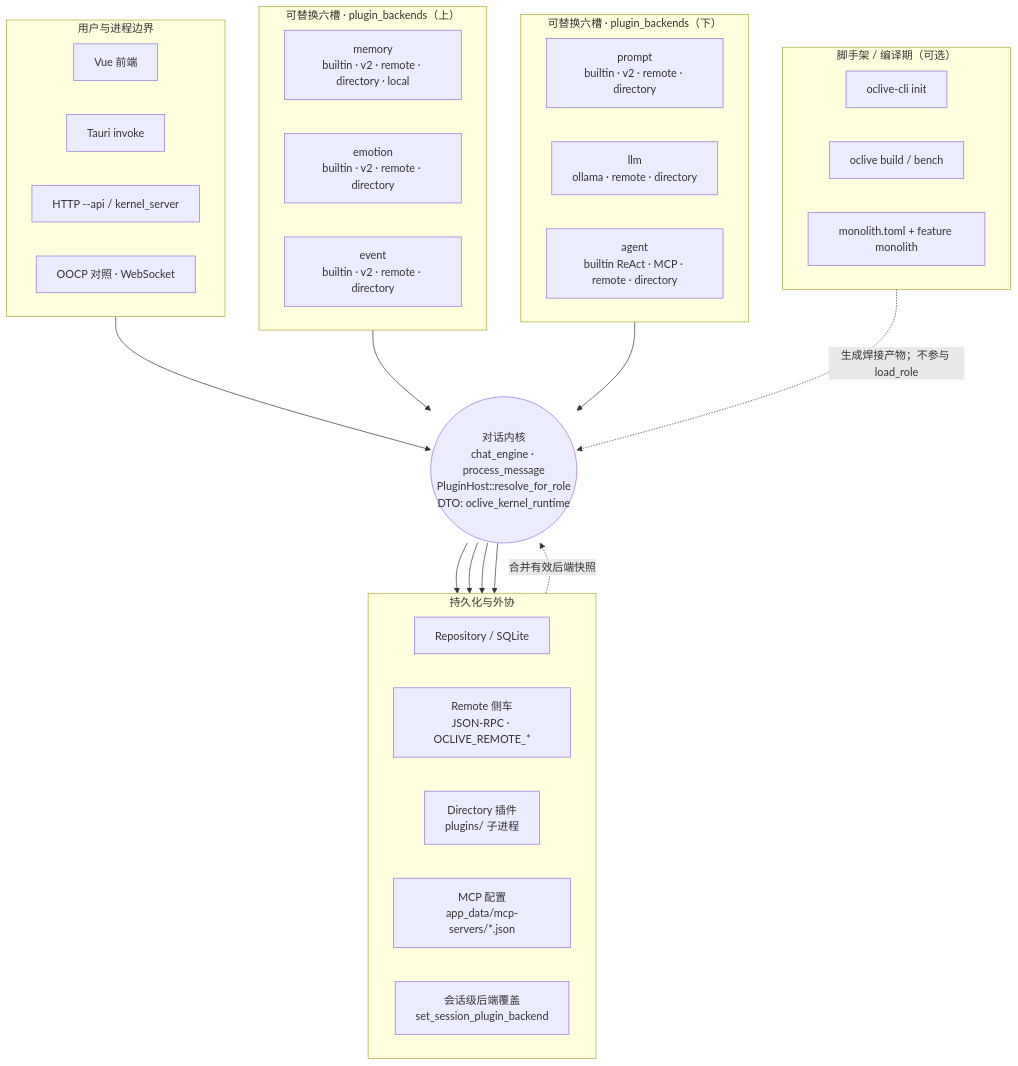
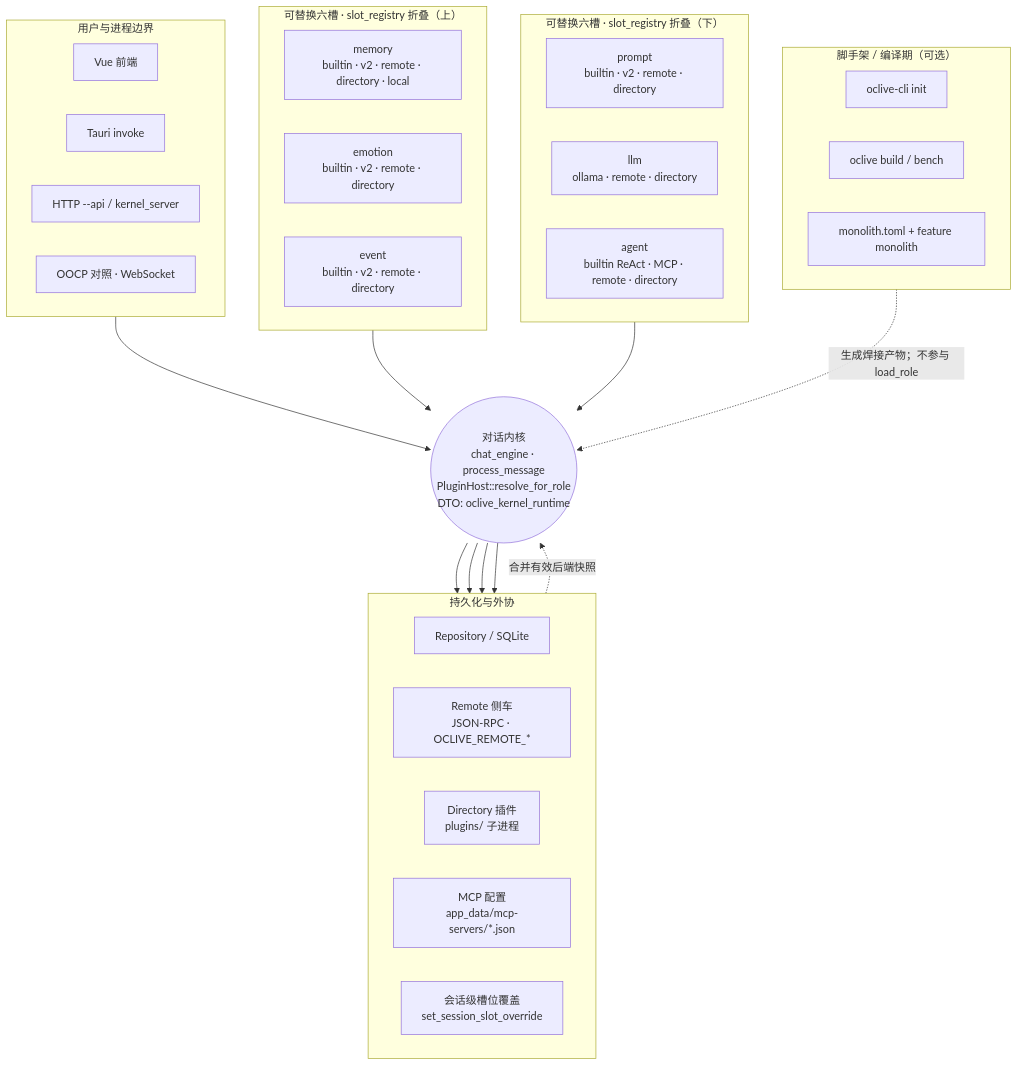
One commit to linkaiheng2233-cyber/oclivenewnew changed the first of 2 diagrams in creator-docs/getting-started/KERNEL_AND_MODULES_ARCHITECTURE.md. Above: the diagram before and after it, drawn with Mermaid. The commit also changed other lines of this file and 13 other files, not shown here.

````diff
--- a/creator-docs/getting-started/KERNEL_AND_MODULES_ARCHITECTURE.md
+++ b/creator-docs/getting-started/KERNEL_AND_MODULES_ARCHITECTURE.md
@@ -19,52 +19,52 @@
 ```mermaid
 flowchart TB
   subgraph boundary["用户与进程边界"]
     direction LR
     UI["Vue 前端"]
     TAURI["Tauri invoke"]
     API["HTTP --api / kernel_server"]
     OOCP["OOCP 对照 · WebSocket"]
   end
 
-  subgraph six_top["可替换六槽 · plugin_backends（上）"]
+  subgraph six_top["可替换六槽 · slot_registry 折叠（上）"]
     direction LR
     M["memory<br/>builtin · v2 · remote · directory · local"]
     EM["emotion<br/>builtin · v2 · remote · directory"]
     EV["event<br/>builtin · v2 · remote · directory"]
   end
 
   K(("对话内核<br/>chat_engine · process_message<br/>PluginHost::resolve_for_role<br/>DTO: oclive_kernel_runtime"))
 
-  subgraph six_bot["可替换六槽 · plugin_backends（下）"]
+  subgraph six_bot["可替换六槽 · slot_registry 折叠（下）"]
     direction LR
     PR["prompt<br/>builtin · v2 · remote · directory"]
     LL["llm<br/>ollama · remote · directory"]
     AG["agent<br/>builtin ReAct · MCP · remote · directory"]
   end
 
   subgraph infra["持久化与外协"]
     direction LR
     REPO["Repository / SQLite"]
     RMT["Remote 侧车<br/>JSON-RPC · OCLIVE_REMOTE_*"]
     DIR["Directory 插件<br/>plugins/ 子进程"]
     MCP["MCP 配置<br/>app_data/mcp-servers/*.json"]
-    SESS["会话级后端覆盖<br/>set_session_plugin_backend"]
+    SESS["会话级槽位覆盖<br/>set_session_slot_override"]
   end
 
   subgraph toolchain["脚手架 / 编译期（可选）"]
     direction LR
     OCLI["oclive-cli init"]
     BUILD["oclive build / bench"]
     MONO["monolith.toml + feature monolith"]
   end
 
   boundary --> K
   six_top --> K
   six_bot --> K
   K --> REPO
   K --> RMT
   K --> DIR
   K --> MCP
   SESS -.->|合并有效后端快照| K
   toolchain -.->|生成焊接产物；不参与 load_role| K
 ```
````
